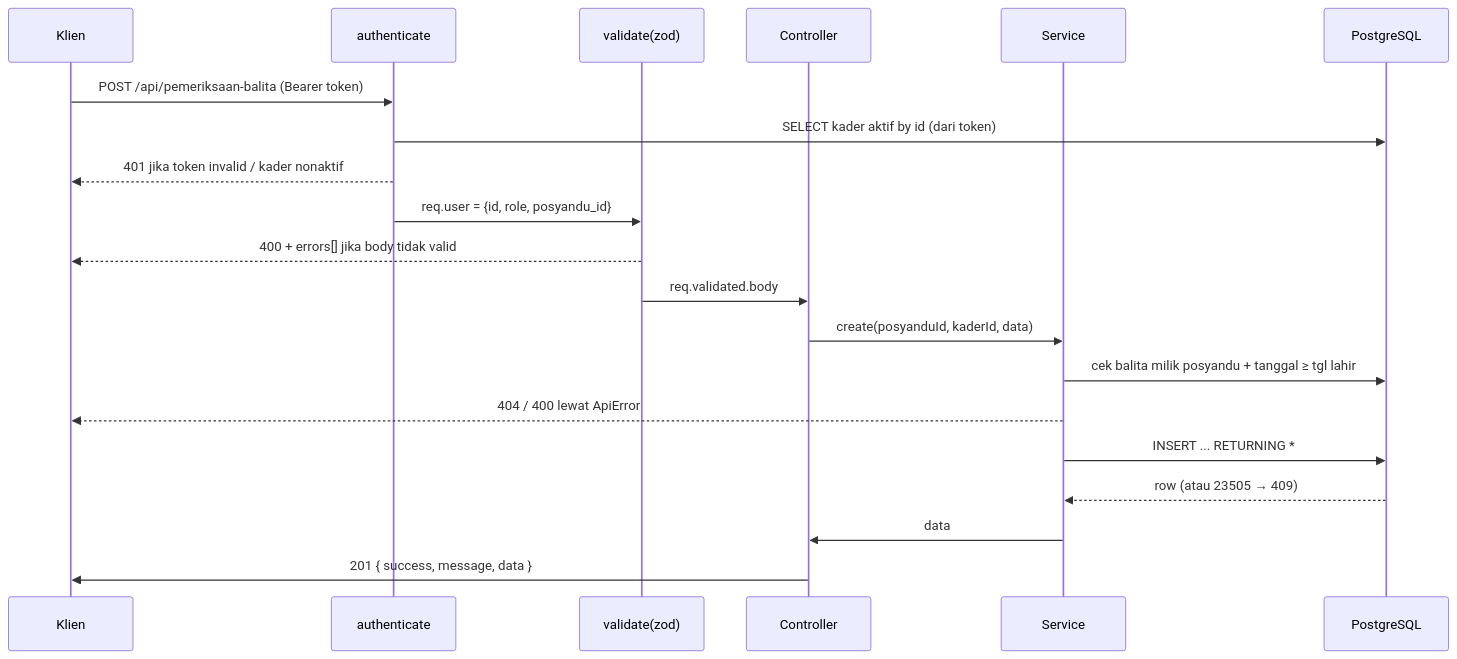
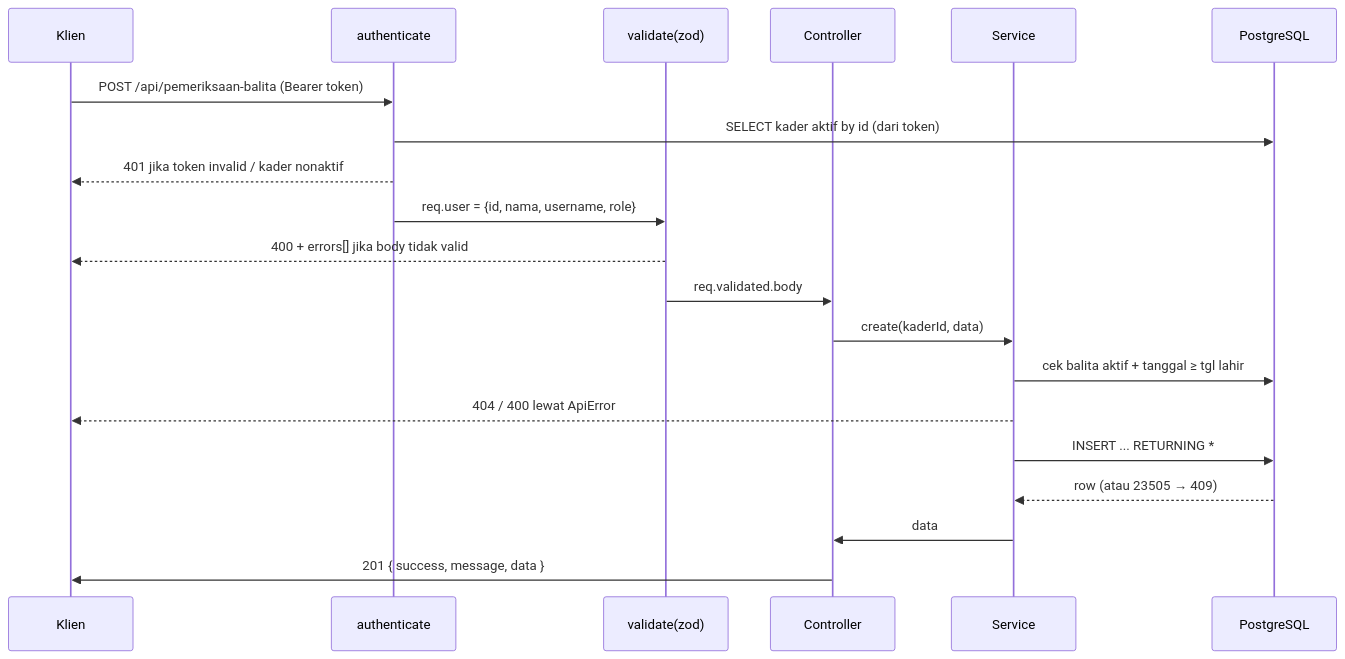
The second of 2 diagrams in docs/03-architecture.md (haikalahmadels/posyandu), drawn with Mermaid before and after one commit. The commit also changed other lines of this file and 23 other files, not shown here.

````diff
--- a/docs/03-architecture.md
+++ b/docs/03-architecture.md
@@ -92,22 +92,22 @@
 ```mermaid
 sequenceDiagram
     participant K as Klien
     participant A as authenticate
     participant V as validate(zod)
     participant C as Controller
     participant S as Service
     participant D as PostgreSQL
     K->>A: POST /api/pemeriksaan-balita (Bearer token)
     A->>D: SELECT kader aktif by id (dari token)
     A-->>K: 401 jika token invalid / kader nonaktif
-    A->>V: req.user = {id, role, posyandu_id}
+    A->>V: req.user = {id, nama, username, role}
     V-->>K: 400 + errors[] jika body tidak valid
     V->>C: req.validated.body
-    C->>S: create(posyanduId, kaderId, data)
-    S->>D: cek balita milik posyandu + tanggal ≥ tgl lahir
+    C->>S: create(kaderId, data)
+    S->>D: cek balita aktif + tanggal ≥ tgl lahir
     S-->>K: 404 / 400 lewat ApiError
     S->>D: INSERT ... RETURNING *
     D-->>S: row (atau 23505 → 409)
     S->>C: data
     C->>K: 201 { success, message, data }
 ```
````
